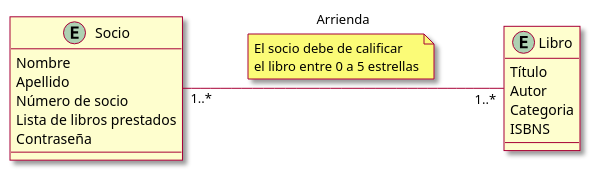
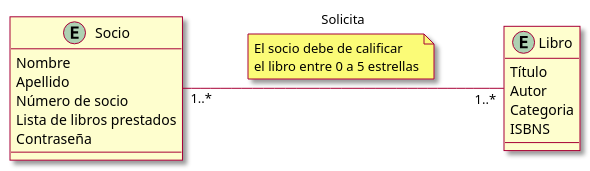
The diagram in domain.puml (AlbertoLyons/BiblioTech), drawn with PlantUML before and after one commit. The commit also changed 8 other files, not shown here.

```diff
--- a/domain.puml
+++ b/domain.puml
@@ -1,21 +1,21 @@
 @startuml
 left to right direction
 skin rose
 
 entity Socio {
 Nombre
 Apellido
 Número de socio
 Lista de libros prestados
 Contraseña
 }
 entity Libro {
 Título
 Autor
 Categoria
 ISBNS
 }
-Socio "1..*"---"1..*" Libro : Arrienda
+Socio "1..*"---"1..*" Libro : Solicita
 note bottom on link : El socio debe de calificar\nel libro entre 0 a 5 estrellas
 
 @enduml
```
